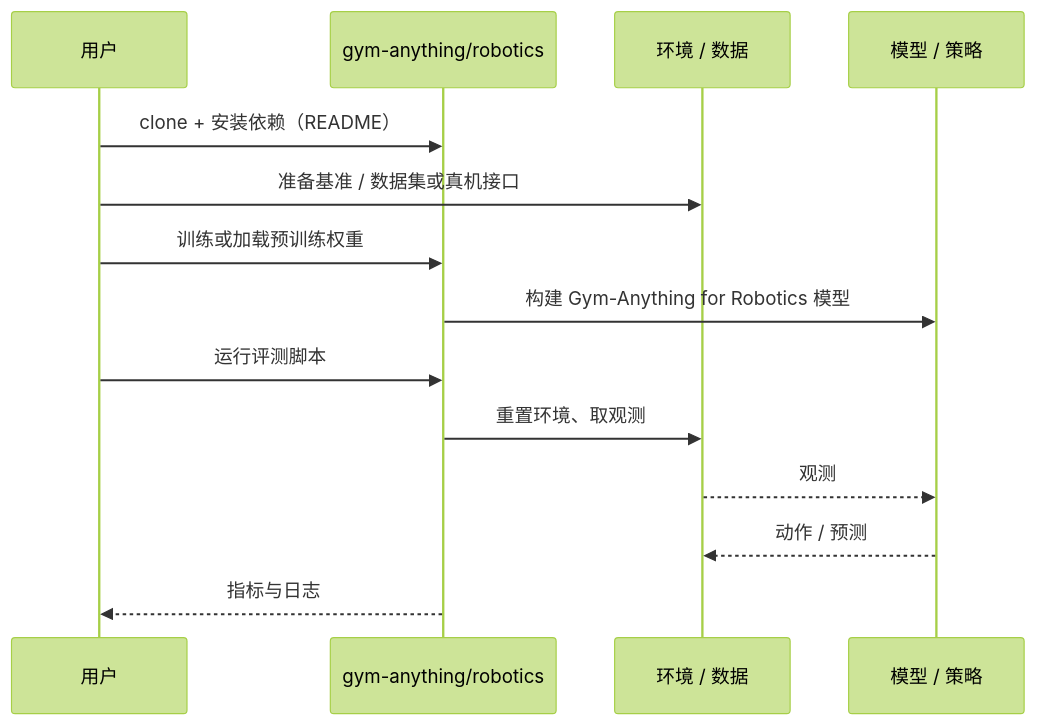
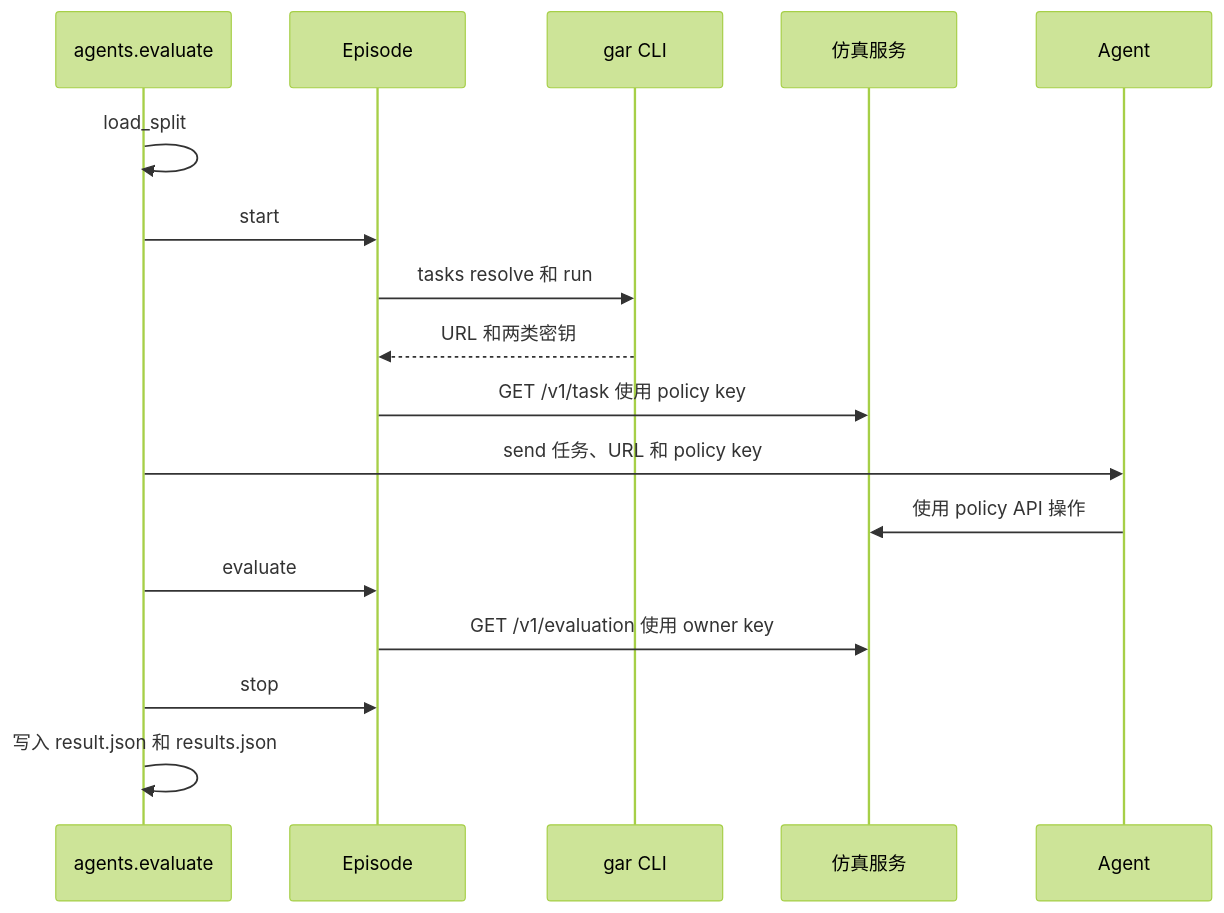
One commit to ImChong/Robotics_Notebooks changed the second of 2 diagrams in wiki/entities/paper-gym-anything-for-robotics.md. Above: the diagram before and after it, drawn with Mermaid (forest theme). The commit also changed other lines of this file, not shown here.

Commit message:
[2026-11-05] ingest | sources/papers/gym_anything_for_robotics_arxiv_2610_40565.md — 补充一手资料与评测入口

````diff
--- a/wiki/entities/paper-gym-anything-for-robotics.md
+++ b/wiki/entities/paper-gym-anything-for-robotics.md
@@ -60,16 +74,19 @@
 ```mermaid
 sequenceDiagram
-  participant U as 用户
-  participant R as gym-anything/robotics
-  participant E as 环境 / 数据
-  participant M as 模型 / 策略
-  U->>R: clone + 安装依赖（README）
-  U->>E: 准备基准 / 数据集或真机接口
-  U->>R: 训练或加载预训练权重
-  R->>M: 构建 Gym-Anything for Robotics 模型
-  U->>R: 运行评测脚本
-  R->>E: 重置环境、取观测
-  E-->>M: 观测
-  M-->>E: 动作 / 预测
-  R-->>U: 指标与日志
+  participant E as agents.evaluate
+  participant P as Episode
+  participant G as gar CLI
+  participant S as 仿真服务
+  participant A as Agent
+  E->>E: load_split
+  E->>P: start
+  P->>G: tasks resolve 和 run
+  G-->>P: URL 和两类密钥
+  P->>S: GET /v1/task 使用 policy key
+  E->>A: send 任务、URL 和 policy key
+  A->>S: 使用 policy API 操作
+  E->>P: evaluate
+  P->>S: GET /v1/evaluation 使用 owner key
+  E->>P: stop
+  E->>E: 写入 result.json 和 results.json
 ```
````
